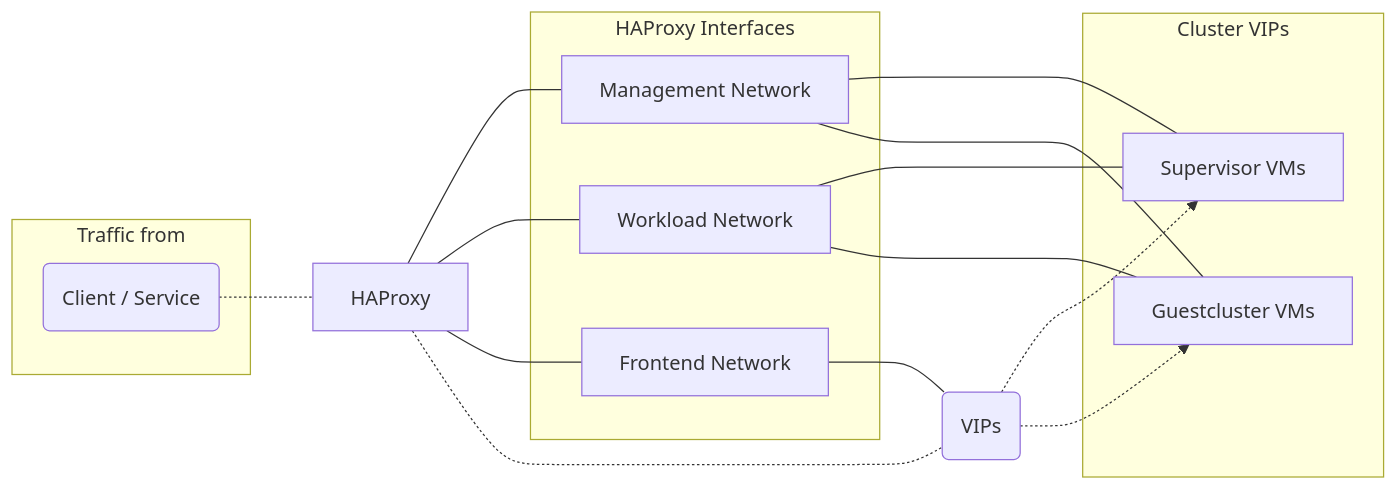
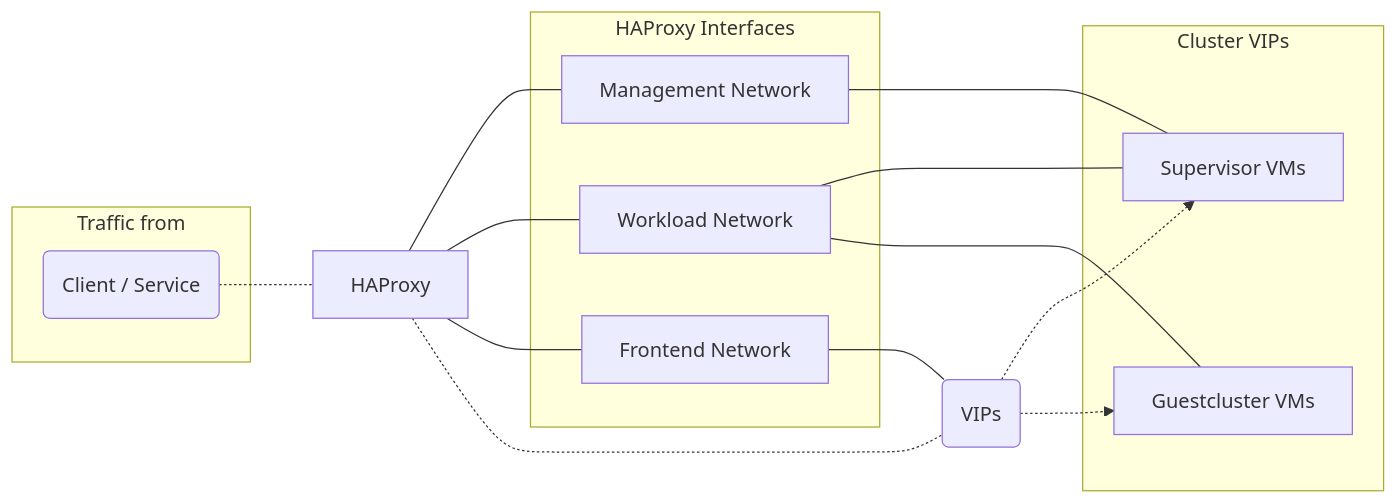
One commit to rguske/blog changed the diagram in content/posts/vsphere-with-tanzu-troubleshooting-haproxy.md. Above: the diagram before and after it, drawn with Mermaid. The commit also changed other lines of this file and 3 other files, not shown here.

```diff
--- a/content/posts/vsphere-with-tanzu-troubleshooting-haproxy.md
+++ b/content/posts/vsphere-with-tanzu-troubleshooting-haproxy.md
@@ -58,23 +58,24 @@
 {{< mermaid >}}
 graph LR;
     A[ HAProxy ]
     subgraph HAProxy Interfaces
     B[Management Network]
     C[Workload Network]
     D[Frontend Network]
     end
     E(VIPs)
     subgraph Cluster VIPs
     F[Supervisor VMs]
     G[Guestcluster VMs]
     end
     subgraph Traffic from
     H(Client / Service)
     end
     A --- B & C & D
     D --- E
-    B & C --- F & G
+    B & C --- F
+    C --- G
     E -.-> F & G
     H -.- A
     A -.- E
 {{< /mermaid >}}
```
